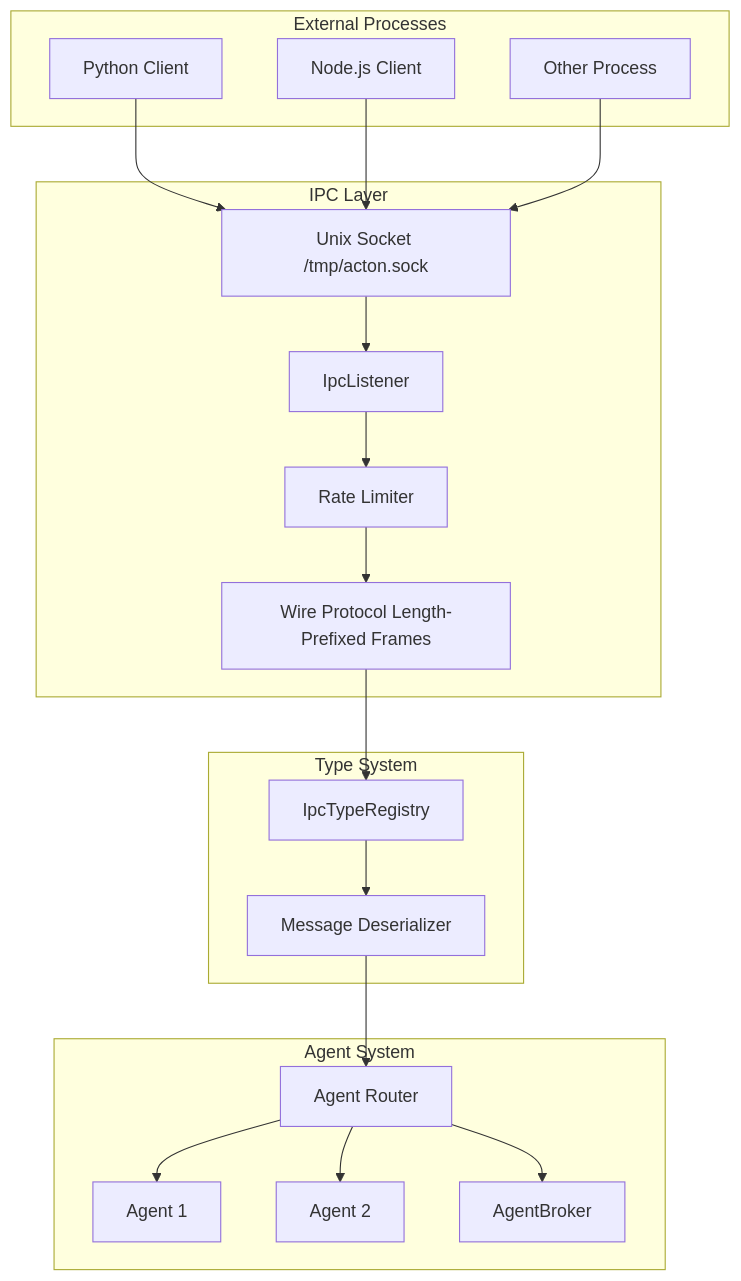
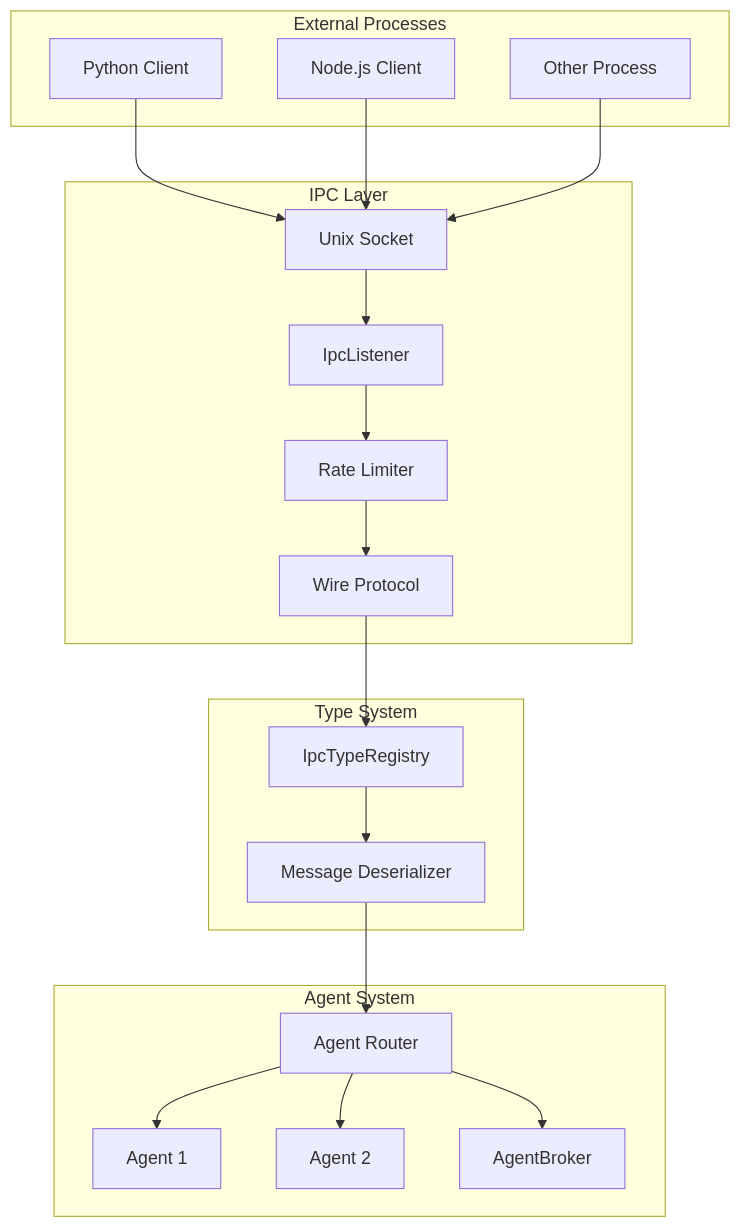
One commit to Govcraft/acton-reactive changed the tenth of 13 diagrams in acton-docs-site/src/app/docs/architecture/page.md. Above: the diagram before and after it, drawn with Mermaid. The commit also changed other lines of this file, not shown here.

First line of the commit message:
fix(docs): update Mermaid diagrams for v11.x compatibility

````diff
--- a/acton-docs-site/src/app/docs/architecture/page.md
+++ b/acton-docs-site/src/app/docs/architecture/page.md
@@ -415,42 +415,42 @@
 ```mermaid
 graph TB
-    subgraph "External Processes"
-        Client1[Python Client]
-        Client2[Node.js Client]
-        Client3[Other Process]
+    subgraph ExtProcs["External Processes"]
+        Client1["Python Client"]
+        Client2["Node.js Client"]
+        Client3["Other Process"]
     end
 
-    subgraph "IPC Layer"
-        Socket[Unix Socket /tmp/acton.sock]
-        Listener[IpcListener]
-        Protocol[Wire Protocol Length-Prefixed Frames]
-        RateLimiter[Rate Limiter]
+    subgraph IPCLayer["IPC Layer"]
+        Socket["Unix Socket"]
+        Listener["IpcListener"]
+        Protocol["Wire Protocol"]
+        RateLimiter["Rate Limiter"]
     end
 
-    subgraph "Type System"
-        Registry[IpcTypeRegistry]
-        Deserializer[Message Deserializer]
+    subgraph TypeSys["Type System"]
+        Registry["IpcTypeRegistry"]
+        Deserializer["Message Deserializer"]
     end
 
-    subgraph "Agent System"
-        Router[Agent Router]
-        Agent1[Agent 1]
-        Agent2[Agent 2]
-        BrokerNode[AgentBroker]
+    subgraph AgentSys["Agent System"]
+        Router["Agent Router"]
+        Agent1["Agent 1"]
+        Agent2["Agent 2"]
+        BrokerNode["AgentBroker"]
     end
 
     Client1 --> Socket
     Client2 --> Socket
     Client3 --> Socket
 
     Socket --> Listener
     Listener --> RateLimiter
     RateLimiter --> Protocol
     Protocol --> Registry
     Registry --> Deserializer
     Deserializer --> Router
 
     Router --> Agent1
     Router --> Agent2
     Router --> BrokerNode
 ```
````
